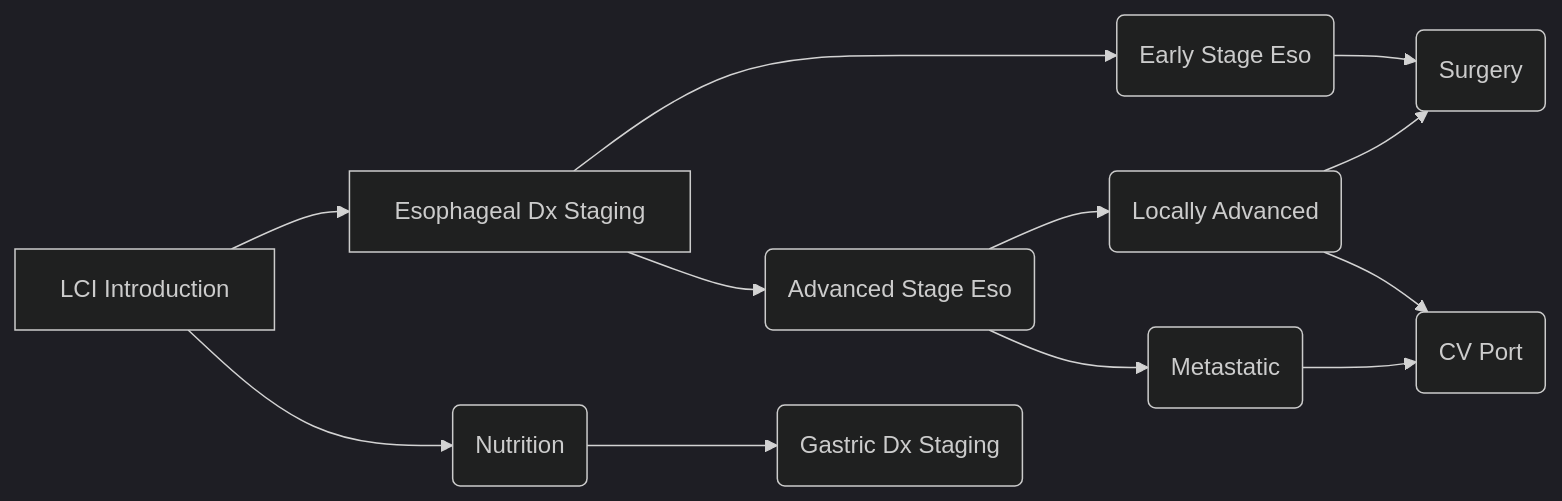
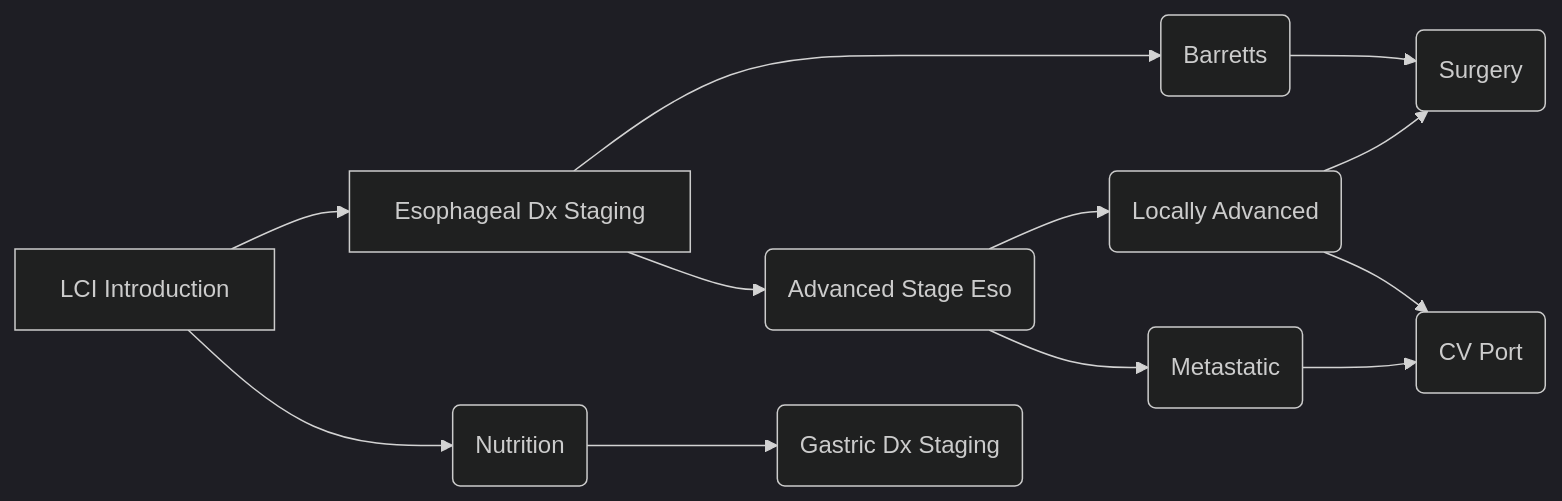
The diagram in patient_education_plan.qmd (jcsalo/patient_education), drawn with Mermaid (dark theme) before and after one commit. The commit also changed 6 other files, not shown here.

````diff
--- a/patient_education_plan.qmd
+++ b/patient_education_plan.qmd
@@ -5,20 +5,21 @@
 ```{mermaid}
 
 flowchart LR
 A[LCI Introduction] -->B(Esophageal Dx Staging)
 A-->C(Nutrition)
 C-->F(Gastric Dx Staging)
-B[Esophageal Dx Staging] -->D(Early Stage Eso)
+B[Esophageal Dx Staging] -->D(Barretts)
 D-->G(Surgery)
 B--> E(Advanced Stage Eso)
 E--> H(Locally Advanced)
 E--> J(Metastatic)
 J--> K(CV Port)
 H --> G
 H--> K
 
-click A "lci_intro_script.html"
-click B "eso_dx_staging_script.html"
+click A "lci_intro.html"
+click B "eso_dx_staging.html"
+click C "barretts.html"
 
 
 ```
````
